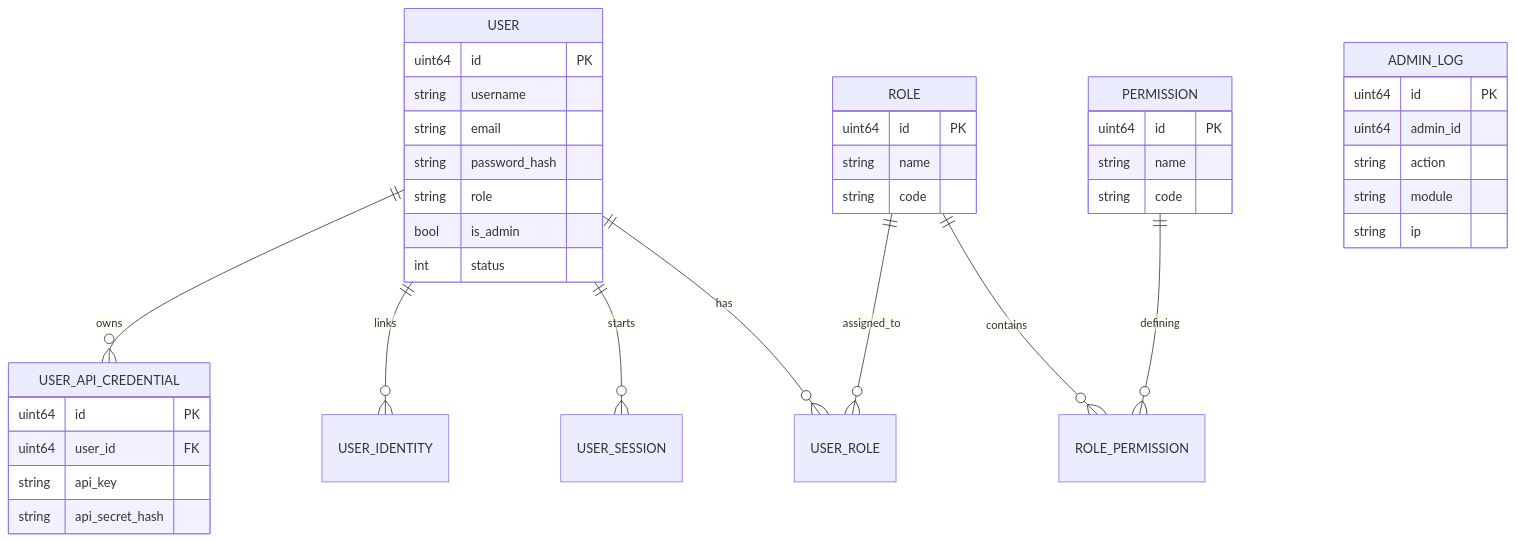
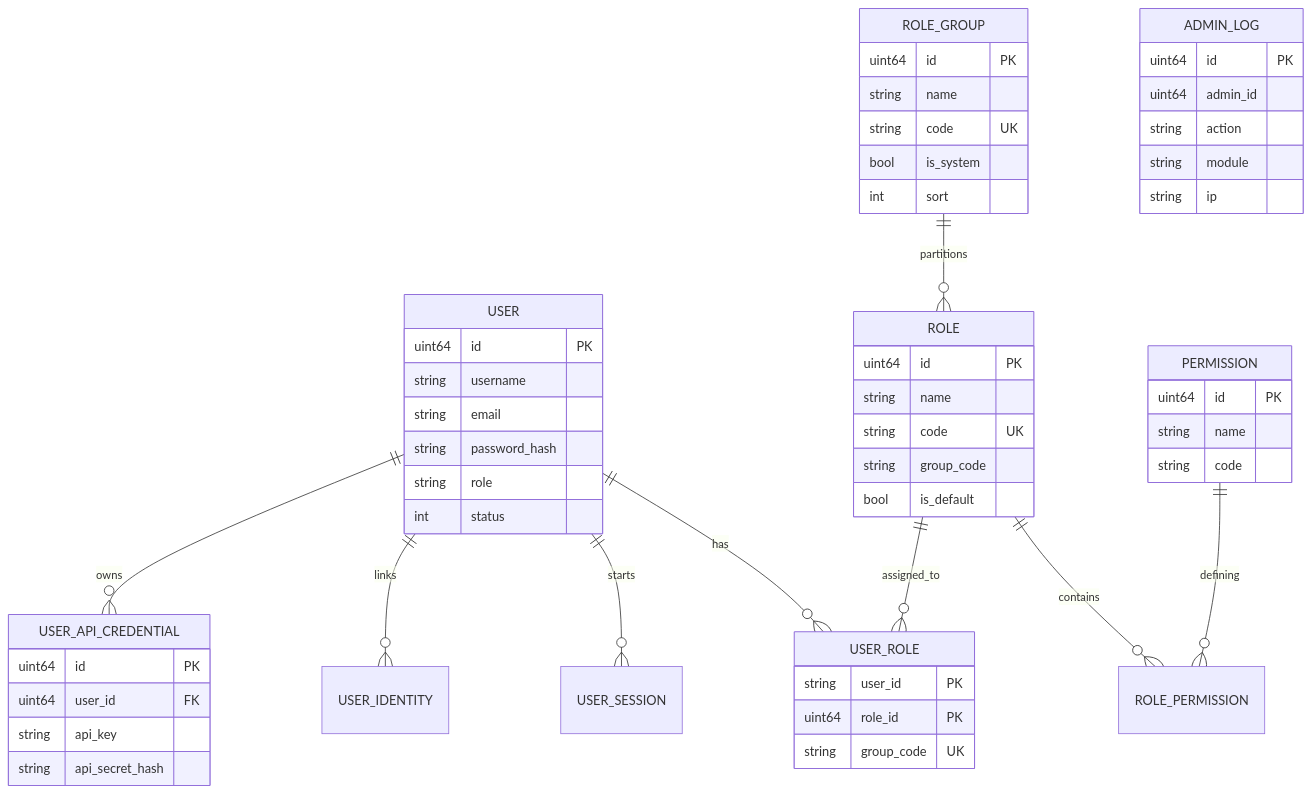
Before and after one commit to ClosedWHU/Luotopia-Docs: the diagram in server-docs/architecture/database_design.md, drawn with Mermaid. The commit also changed other lines of this file and 1 other file, not shown here.

Commit message:
docs: enhance cloud control documentation with priority rules and developer channel details

````diff
--- a/server-docs/architecture/database_design.md
+++ b/server-docs/architecture/database_design.md
@@ -12,47 +12,63 @@
 ```mermaid
 erDiagram
     USER ||--o{ USER_ROLE : has
     ROLE ||--o{ USER_ROLE : assigned_to
+    ROLE_GROUP ||--o{ ROLE : partitions
     ROLE ||--o{ ROLE_PERMISSION : contains
     PERMISSION ||--o{ ROLE_PERMISSION : defining
     USER ||--o{ USER_SESSION : starts
     USER ||--o{ USER_IDENTITY : links
     USER ||--o{ USER_API_CREDENTIAL : owns
 
     USER {
         uint64 id PK
         string username
         string email
         string password_hash
         string role
-        bool is_admin
         int status
+    }
+
+    ROLE_GROUP {
+        uint64 id PK
+        string name
+        string code UK
+        bool is_system
+        int sort
     }
 
     ROLE {
         uint64 id PK
         string name
-        string code
+        string code UK
+        string group_code
+        bool is_default
+    }
+
+    USER_ROLE {
+        string user_id PK
+        uint64 role_id PK
+        string group_code UK
     }
 
     PERMISSION {
         uint64 id PK
         string name
         string code
     }
 
     USER_API_CREDENTIAL {
         uint64 id PK
         uint64 user_id FK
         string api_key
         string api_secret_hash
     }
 
     ADMIN_LOG {
         uint64 id PK
         uint64 admin_id
         string action
         string module
         string ip
     }
 ```
````
